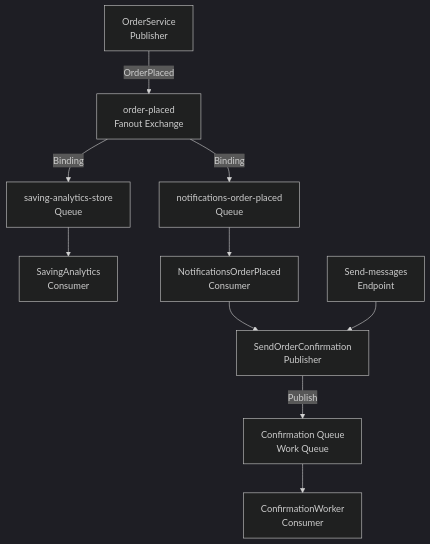
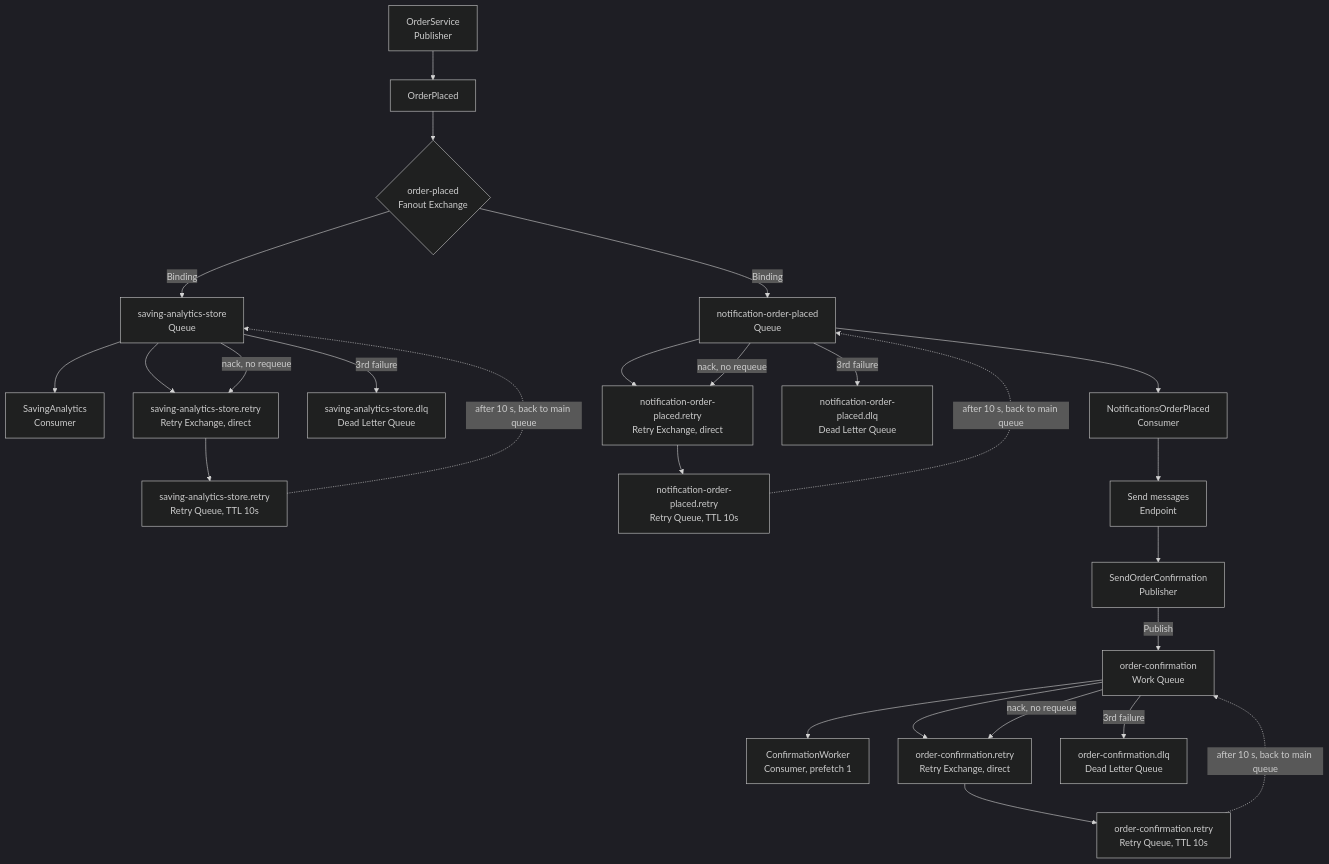
One commit to mt7-2005/Al-Boomeh changed the diagram in Al-Boomeh/docs/day-05-messaging.md. Above: the diagram before and after it, drawn with Mermaid (dark theme). The commit also changed other lines of this file and 20 other files, not shown here.

````diff
--- a/Al-Boomeh/docs/day-05-messaging.md
+++ b/Al-Boomeh/docs/day-05-messaging.md
@@ -29,31 +52,38 @@
 ```mermaid
+
 flowchart TD
-    A[OrderService<br/>Publisher]
-    B[order-placed<br/>Fanout Exchange]
+    A["OrderService<br/>Publisher"]
+    B["OrderPlaced"]
+    C{"order-placed<br/>Fanout Exchange"}
 
-    C[saving-analytics-store<br/>Queue]
-    D[notifications-order-placed<br/>Queue]
+    A --> B --> C
 
-    E[SavingAnalytics<br/>Consumer]
-    F[NotificationsOrderPlaced<br/>Consumer]
+    C -->|Binding| D["saving-analytics-store<br/>Queue"]
+    C -->|Binding| E["notification-order-placed<br/>Queue"]
 
-    G[SendOrderConfirmation<br/>Publisher]
-    J[Confirmation Queue<br/>Work Queue]
-    I[ConfirmationWorker<br/>Consumer]
+    D --> F["SavingAnalytics<br/>Consumer"]
+    D --> G["saving-analytics-store.retry<br/>Retry Exchange, direct"]
+    G --> H["saving-analytics-store.retry<br/>Retry Queue, TTL 10s"]
+    H -.->|after 10 s, back to main queue| D
+    D -->|3rd failure| I["saving-analytics-store.dlq<br/>Dead Letter Queue"]
+    D -->|nack, no requeue| G
 
-    H[Send-messages<br/>Endpoint]
+    E --> J["NotificationsOrderPlaced<br/>Consumer"]
+    E --> K["notification-order-placed.retry<br/>Retry Exchange, direct"]
+    K --> L["notification-order-placed.retry<br/>Retry Queue, TTL 10s"]
+    L -.->|after 10 s, back to main queue| E
+    E -->|3rd failure| M["notification-order-placed.dlq<br/>Dead Letter Queue"]
+    E -->|nack, no requeue| K
 
-    A -->|OrderPlaced| B
+    J --> N["Send messages<br/>Endpoint"]
+    N --> O["SendOrderConfirmation<br/>Publisher"]
+    O -->|Publish| P["order-confirmation<br/>Work Queue"]
 
-    B -->|Binding| C
-    B -->|Binding| D
+    P --> Q["ConfirmationWorker<br/>Consumer, prefetch 1"]
+    P --> R["order-confirmation.retry<br/>Retry Exchange, direct"]
+    R --> S["order-confirmation.retry<br/>Retry Queue, TTL 10s"]
+    S -.->|after 10 s, back to main queue| P
+    P -->|3rd failure| T["order-confirmation.dlq<br/>Dead Letter Queue"]
+    P -->|nack, no requeue| R
 
-    C --> E
-    D --> F
-
-    F --> G
-    H --> G
-
-    G -->|Publish| J
-    J --> I
 ```
````
